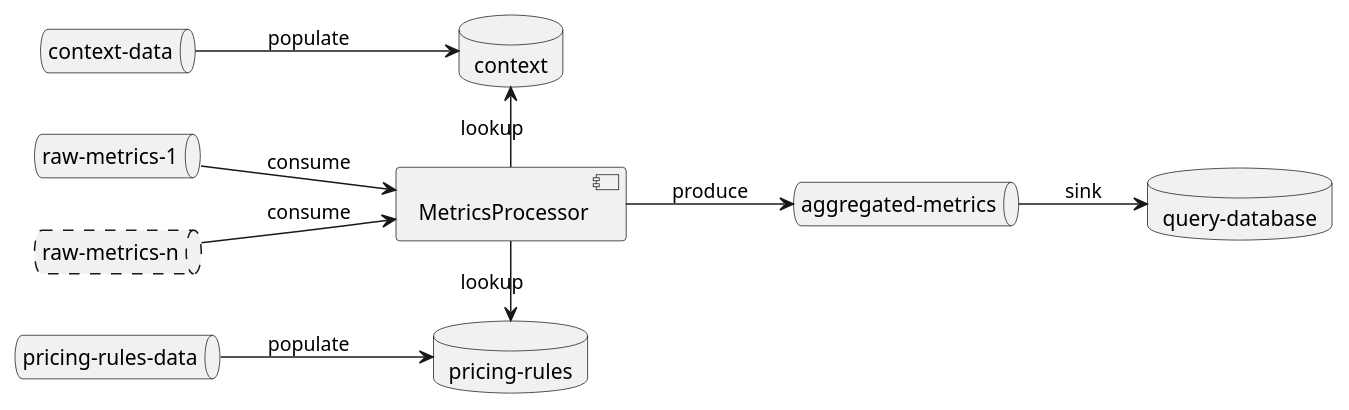
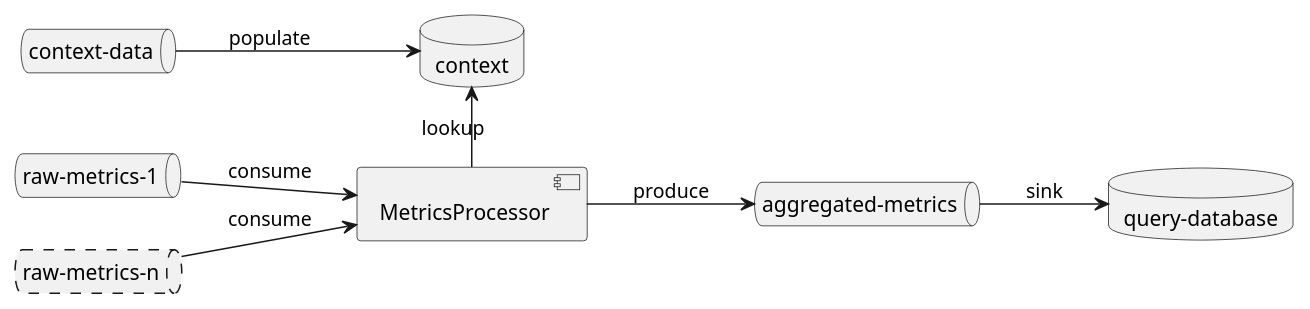
Before and after one commit to spoud/kafka-cost-control: the fourth of 4 diagrams in docs/architecture/src/06_runtime_view.adoc, drawn with PlantUML. The commit also changed other lines of this file and 25 other files, not shown here.

```diff
--- a/docs/architecture/src/06_runtime_view.adoc
+++ b/docs/architecture/src/06_runtime_view.adoc
@@ -106,29 +106,25 @@
 [plantuml,target=runtime-enrich,format=svg]
 ....
 @startuml
 left to right direction
 
     queue "raw-metrics-1"
     queue "raw-metrics-n" #line.dashed
 
 queue "context-data"
-queue "pricing-rules-data"
 queue "aggregated-metrics"
 component MetricsProcessor
 database "context"
-database "pricing-rules"
 database "query-database"
 
 
-"pricing-rules-data" -down-> "pricing-rules": populate
 "context-data" -down-> "context": populate
 
 "raw-metrics-1" -down-> [MetricsProcessor]: consume
 "raw-metrics-n" -down-> [MetricsProcessor]: consume
 MetricsProcessor -left-> "context": lookup
-MetricsProcessor -right-> "pricing-rules": lookup
 MetricsProcessor -down-> "aggregated-metrics" : produce
 
 "aggregated-metrics" -down-> "query-database": sink
 @enduml
 ....
```
